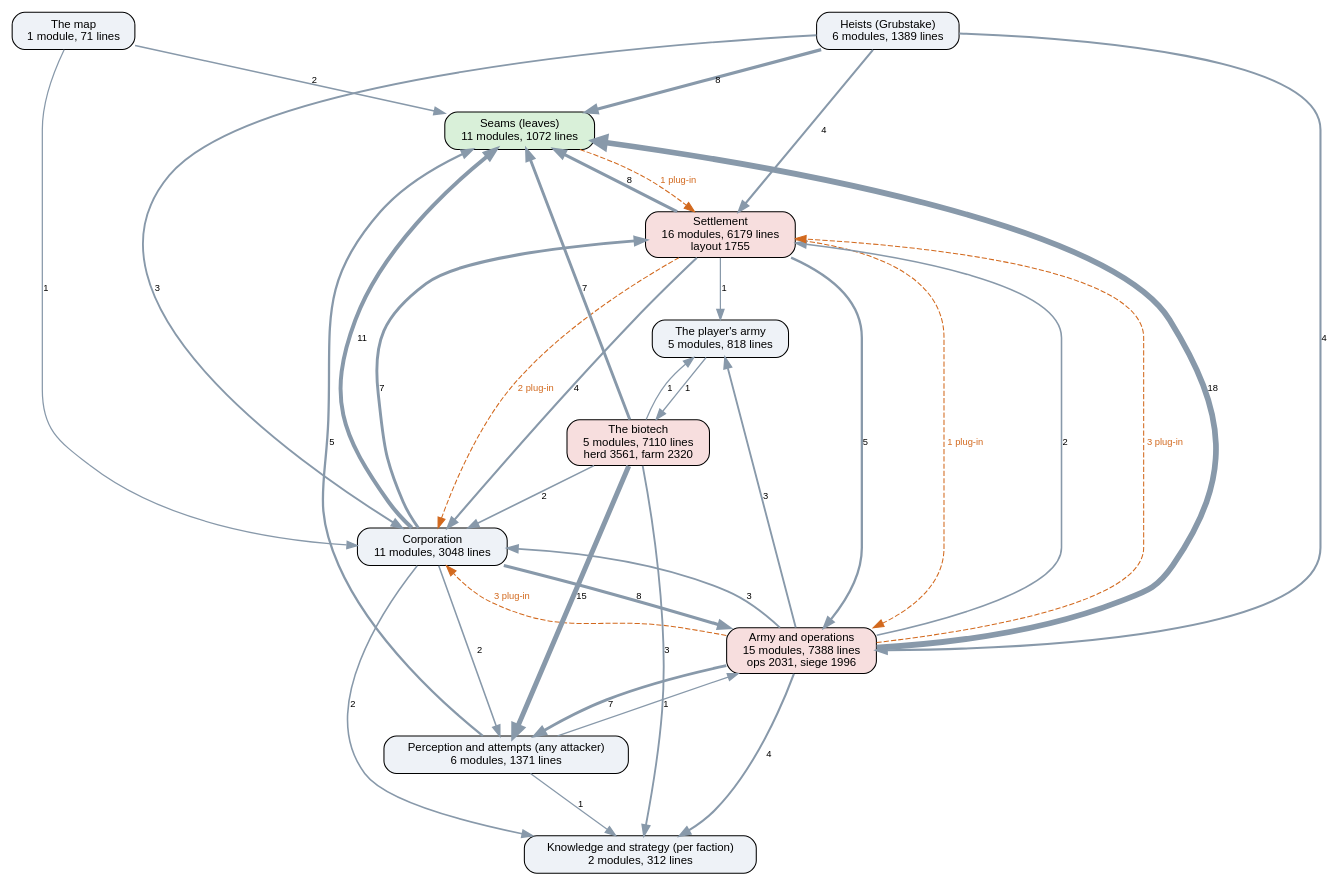
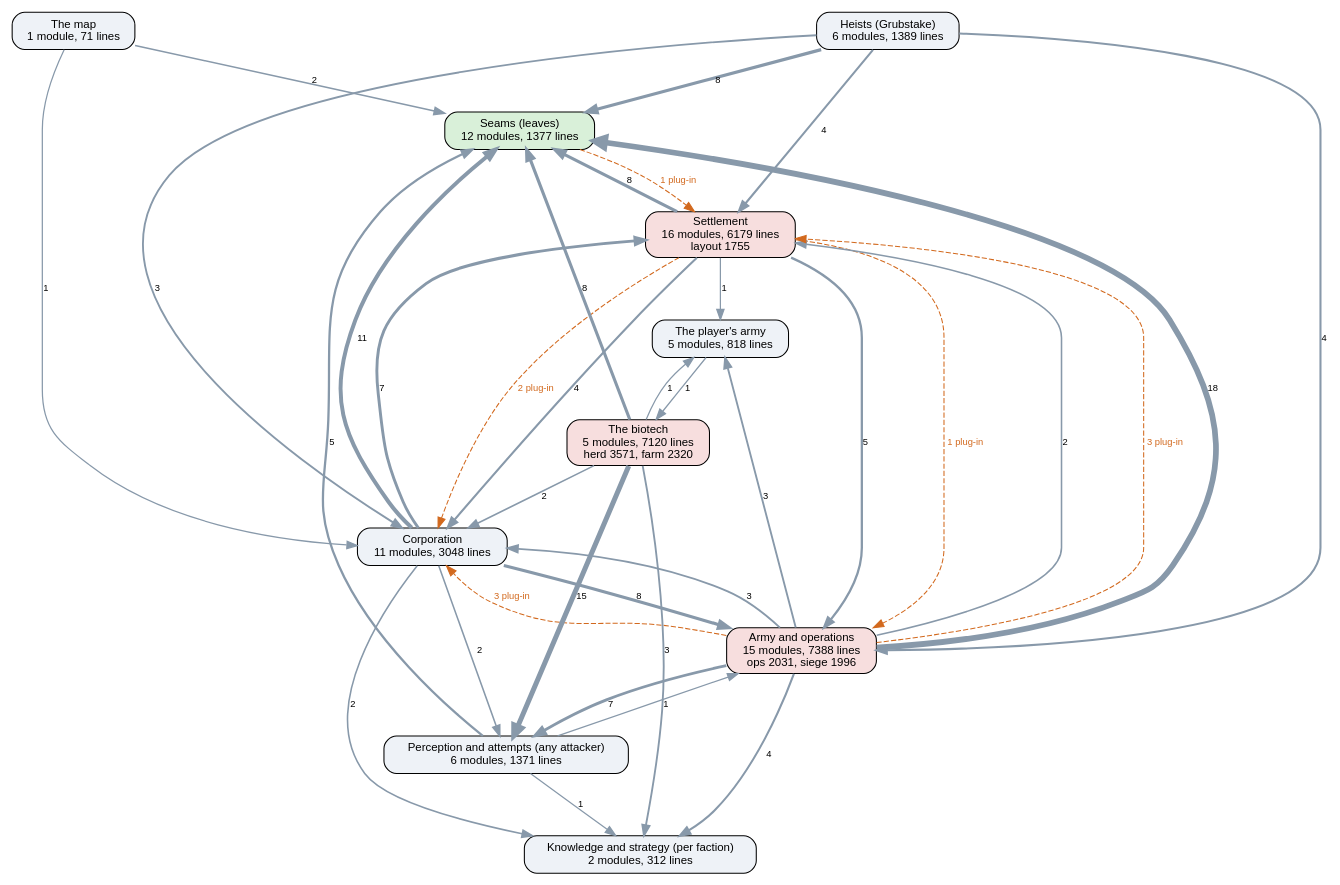
The diagram in docs/ai-layers.dot (kinelhu/landing-party), drawn with Graphviz before and after one commit. The commit also changed 19 other files, not shown here.

```diff
--- a/docs/ai-layers.dot
+++ b/docs/ai-layers.dot
@@ -1,50 +1,50 @@
 digraph layers {
   graph [rankdir=TB, fontname="Helvetica", nodesep=0.5, ranksep=0.7];
   node [shape=box, style="rounded,filled", fontname="Helvetica", fontsize=11, fillcolor="#eef2f7"];
   edge [color="#8899aa", fontname="Helvetica", fontsize=9];
-  "Seams (leaves)" [label="Seams (leaves)\n11 modules, 1072 lines", fillcolor="#d9f0d9"];
+  "Seams (leaves)" [label="Seams (leaves)\n12 modules, 1377 lines", fillcolor="#d9f0d9"];
   "Perception and attempts (any attacker)" [label="Perception and attempts (any attacker)\n6 modules, 1371 lines", fillcolor="#eef2f7"];
   "Knowledge and strategy (per faction)" [label="Knowledge and strategy (per faction)\n2 modules, 312 lines", fillcolor="#eef2f7"];
   "Corporation" [label="Corporation\n11 modules, 3048 lines", fillcolor="#eef2f7"];
   "Settlement" [label="Settlement\n16 modules, 6179 lines\nlayout 1755", fillcolor="#f7dede"];
   "Army and operations" [label="Army and operations\n15 modules, 7388 lines\nops 2031, siege 1996", fillcolor="#f7dede"];
   "Heists (Grubstake)" [label="Heists (Grubstake)\n6 modules, 1389 lines", fillcolor="#eef2f7"];
-  "The biotech" [label="The biotech\n5 modules, 7110 lines\nherd 3561, farm 2320", fillcolor="#f7dede"];
+  "The biotech" [label="The biotech\n5 modules, 7120 lines\nherd 3571, farm 2320", fillcolor="#f7dede"];
   "The map" [label="The map\n1 module, 71 lines", fillcolor="#eef2f7"];
   "The player's army" [label="The player's army\n5 modules, 818 lines", fillcolor="#eef2f7"];
   "Army and operations" -> "Corporation" [label="3", penwidth=1.8];
   "Army and operations" -> "Knowledge and strategy (per faction)" [label="4", penwidth=2.0];
   "Army and operations" -> "Perception and attempts (any attacker)" [label="7", penwidth=2.8];
   "Army and operations" -> "Seams (leaves)" [label="18", penwidth=5.5];
   "Army and operations" -> "Settlement" [label="2", penwidth=1.5];
   "Army and operations" -> "The player's army" [label="3", penwidth=1.8];
   "Corporation" -> "Army and operations" [label="8", penwidth=3.0];
   "Corporation" -> "Knowledge and strategy (per faction)" [label="2", penwidth=1.5];
   "Corporation" -> "Perception and attempts (any attacker)" [label="2", penwidth=1.5];
   "Corporation" -> "Seams (leaves)" [label="11", penwidth=3.8];
   "Corporation" -> "Settlement" [label="7", penwidth=2.8];
   "Heists (Grubstake)" -> "Army and operations" [label="4", penwidth=2.0];
   "Heists (Grubstake)" -> "Corporation" [label="3", penwidth=1.8];
   "Heists (Grubstake)" -> "Seams (leaves)" [label="8", penwidth=3.0];
   "Heists (Grubstake)" -> "Settlement" [label="4", penwidth=2.0];
   "Perception and attempts (any attacker)" -> "Army and operations" [label="1", penwidth=1.2];
   "Perception and attempts (any attacker)" -> "Knowledge and strategy (per faction)" [label="1", penwidth=1.2];
   "Perception and attempts (any attacker)" -> "Seams (leaves)" [label="5", penwidth=2.2];
   "Settlement" -> "Army and operations" [label="5", penwidth=2.2];
   "Settlement" -> "Corporation" [label="4", penwidth=2.0];
   "Settlement" -> "Seams (leaves)" [label="8", penwidth=3.0];
   "Settlement" -> "The player's army" [label="1", penwidth=1.2];
   "The biotech" -> "Corporation" [label="2", penwidth=1.5];
   "The biotech" -> "Knowledge and strategy (per faction)" [label="3", penwidth=1.8];
   "The biotech" -> "Perception and attempts (any attacker)" [label="15", penwidth=4.8];
-  "The biotech" -> "Seams (leaves)" [label="7", penwidth=2.8];
+  "The biotech" -> "Seams (leaves)" [label="8", penwidth=3.0];
   "The biotech" -> "The player's army" [label="1", penwidth=1.2];
   "The map" -> "Corporation" [label="1", penwidth=1.2];
   "The map" -> "Seams (leaves)" [label="2", penwidth=1.5];
   "The player's army" -> "The biotech" [label="1", penwidth=1.2];
   "Army and operations" -> "Corporation" [style=dashed, color="#d2691e", fontcolor="#d2691e", label="3 plug-in"];
   "Army and operations" -> "Settlement" [style=dashed, color="#d2691e", fontcolor="#d2691e", label="3 plug-in"];
   "Seams (leaves)" -> "Settlement" [style=dashed, color="#d2691e", fontcolor="#d2691e", label="1 plug-in"];
   "Settlement" -> "Army and operations" [style=dashed, color="#d2691e", fontcolor="#d2691e", label="1 plug-in"];
   "Settlement" -> "Corporation" [style=dashed, color="#d2691e", fontcolor="#d2691e", label="2 plug-in"];
 }
```
